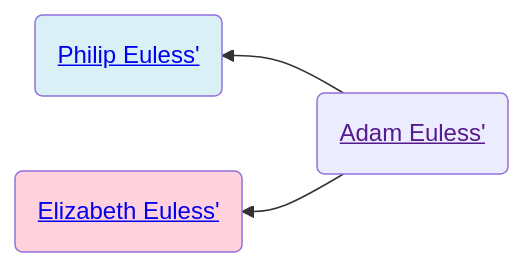
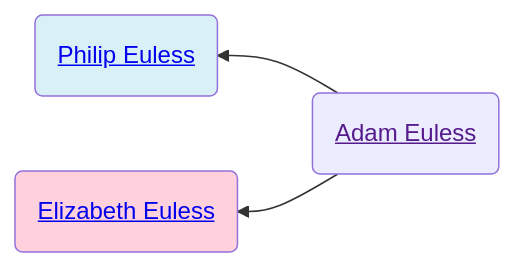
One commit to neelsmith/avocational changed the first of 2 diagrams in familyhistory/sources/people/Gattis-line/Euless-line/Adam_Euless.qmd. Above: the diagram before and after it, drawn with Mermaid. The commit also changed other lines of this file and 96 other files, not shown here.

````diff
--- a/familyhistory/sources/people/Gattis-line/Euless-line/Adam_Euless.qmd
+++ b/familyhistory/sources/people/Gattis-line/Euless-line/Adam_Euless.qmd
@@ -26,12 +26,12 @@
 ```{mermaid}
 graph RL
 %% RL ancestor diagram
-Adam_Euless(<a href=''>Adam Euless'</>) -->  Philip_Euless(<a href='./Philip_Euless.html'>Philip Euless'</>)
+Adam_Euless(<a href=''>Adam Euless</a>) -->  Philip_Euless(<a href='./Philip_Euless.html'>Philip Euless</a>)
 class Philip_Euless father
-Adam_Euless(<a href=''>Adam Euless'</>)  --> Elizabeth_Euless(<a href='./Elizabeth_Euless.html'>Elizabeth Euless'</>)
+Adam_Euless(<a href=''>Adam Euless</a>)  --> Elizabeth_Euless(<a href='./Elizabeth_Euless.html'>Elizabeth Euless</a>)
 class Elizabeth_Euless mother
 classDef mother fill:#ffd1dc
 classDef father fill:#daf0f7  
 classDef marriage fill:#ffffff
 
 ```
````
